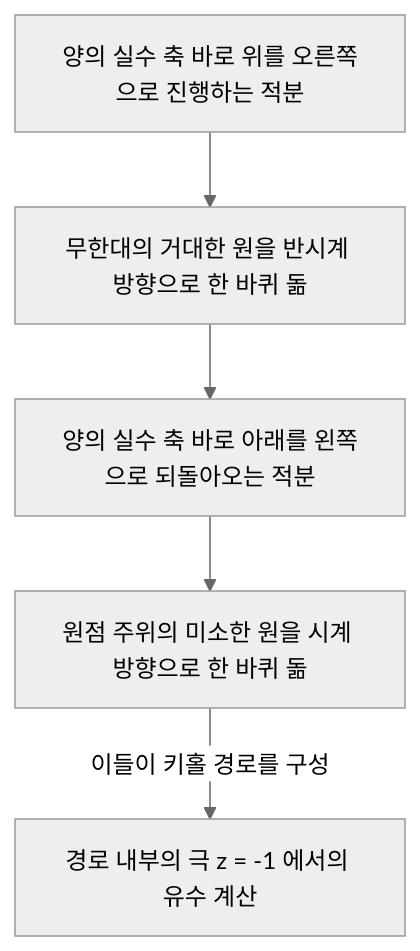
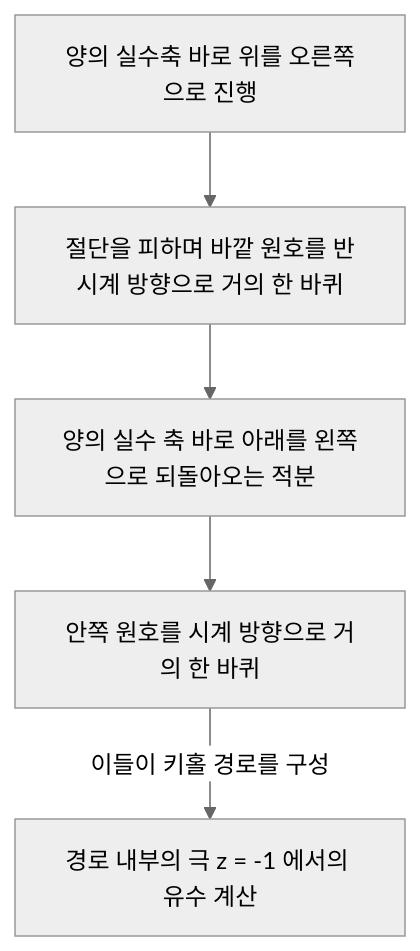
One commit to kenjinote/blog changed the third of 3 diagrams in content/post/residue-theorem/index.ko.md. Above: the diagram before and after it, drawn with Mermaid (neutral theme). The commit also changed other lines of this file and 11 other files, not shown here.

````diff
--- a/content/post/residue-theorem/index.ko.md
+++ b/content/post/residue-theorem/index.ko.md
@@ -166,7 +167,7 @@
 ```mermaid
 flowchart TD
-    A["양의 실수 축 바로 위를 오른쪽으로 진행하는 적분"] --> B["무한대의 거대한 원을 반시계 방향으로 한 바퀴 돎"]
+    A["양의 실수축 바로 위를 오른쪽으로 진행"] --> B["절단을 피하며 바깥 원호를 반시계 방향으로 거의 한 바퀴"]
     B --> C["양의 실수 축 바로 아래를 왼쪽으로 되돌아오는 적분"]
-    C --> D["원점 주위의 미소한 원을 시계 방향으로 한 바퀴 돎"]
+    C --> D["안쪽 원호를 시계 방향으로 거의 한 바퀴"]
     D -->|"이들이 키홀 경로를 구성"| E["경로 내부의 극 z = -1 에서의 유수 계산"]
 ```
````
